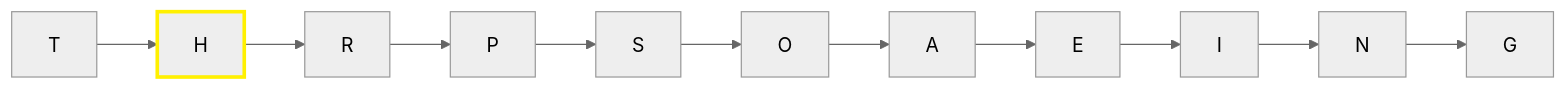
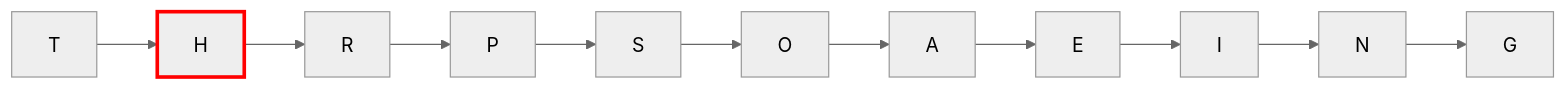
The ninth of 18 diagrams in README.md (west7/EDA2), drawn with Mermaid (neutral theme) before and after one commit. The commit also changed other lines of this file, not shown here.

Commit message:
update graph section

````diff
--- a/README.md
+++ b/README.md
@@ -567,7 +569,7 @@
 ```mermaid
     graph LR;
     T --> H --> R --> P --> S --> O --> A --> E --> I --> N --> G
 
-    style H stroke-width: 3px, stroke: #FFF000
+    style H stroke-width: 3px, stroke: #FF0000
 
 ```
````
